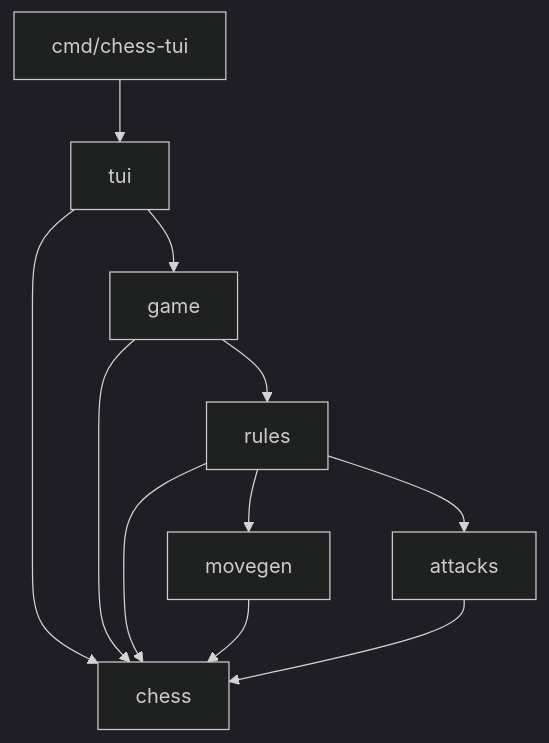
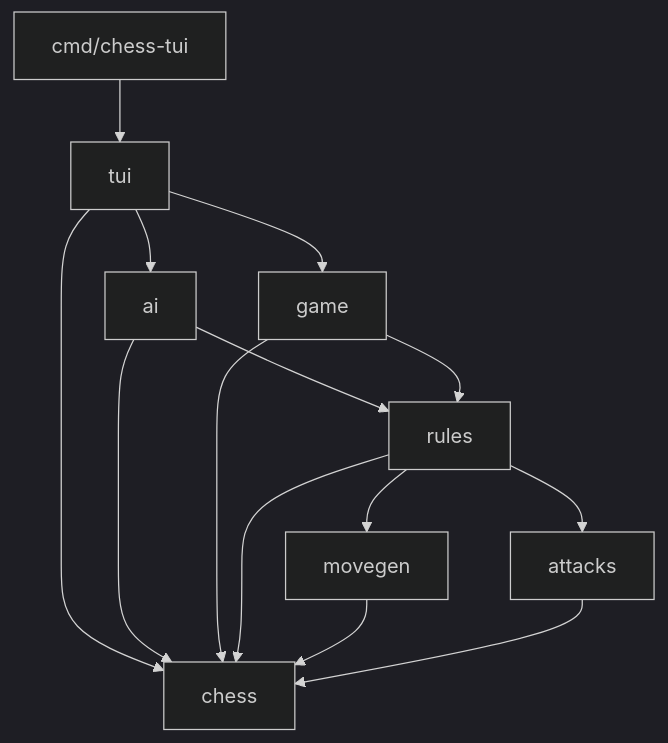
The diagram in README.md (gabrzb/chess-go), drawn with Mermaid (dark theme) before and after one commit. The commit also changed other lines of this file, not shown here.

````diff
--- a/README.md
+++ b/README.md
@@ -48,13 +70,16 @@
 ```mermaid
 flowchart TD
     cmd["cmd/chess-tui"] --> tui
     tui --> game
     tui --> chess
+    tui --> ai
+    ai --> rules
+    ai --> chess
     game --> rules
     game --> chess
     rules --> movegen
     rules --> attacks
     rules --> chess
     movegen --> chess
     attacks --> chess
 ```
````
